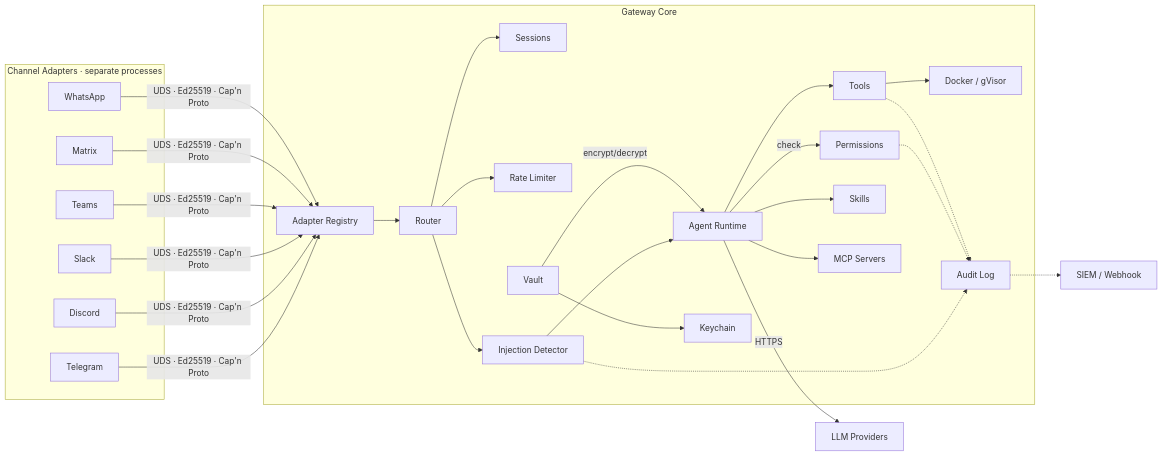
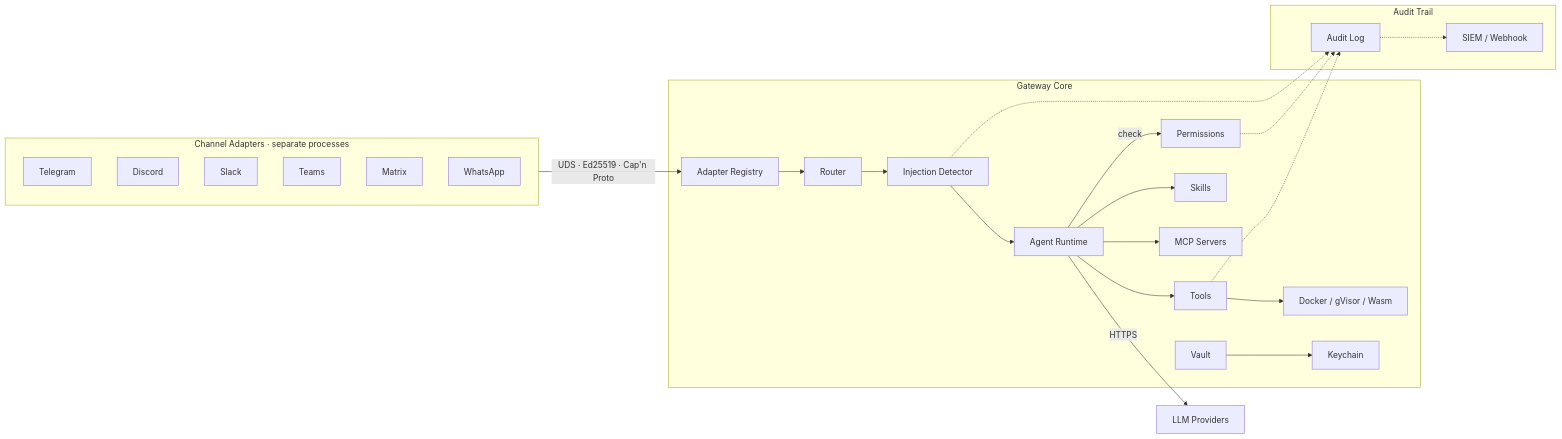
The diagram in README.md (gebruder/wirken), drawn with Mermaid before and after one commit.

Commit message:
docs: clean up architecture diagram layout

````diff
--- a/README.md
+++ b/README.md
@@ -69,39 +69,34 @@
 ```mermaid
 graph LR
     subgraph Adapters["Channel Adapters · separate processes"]
         T[Telegram]
         D[Discord]
         S[Slack]
         TM[Teams]
         M[Matrix]
         W[WhatsApp]
     end
 
+    Adapters -- "UDS · Ed25519 · Cap'n Proto" --> Registry
+
     subgraph Gateway["Gateway Core"]
         Registry[Adapter Registry] --> Router
-        Router --> Sessions
-        Router --> RateLimit[Rate Limiter]
         Router --> Detect[Injection Detector]
         Detect --> Agent[Agent Runtime]
         Agent -- check --> Permissions
         Agent --> Tools
         Agent --> Skills
         Agent --> MCP[MCP Servers]
-        Tools --> Sandbox[Docker / gVisor]
-        Detect -.-> Audit[Audit Log]
-        Permissions -.-> Audit
-        Tools -.-> Audit
+        Tools --> Sandbox[Docker / gVisor / Wasm]
         Vault --> Keychain
     end
 
-    T -- "UDS · Ed25519 · Cap'n Proto" --> Registry
-    D -- "UDS · Ed25519 · Cap'n Proto" --> Registry
-    S -- "UDS · Ed25519 · Cap'n Proto" --> Registry
-    TM -- "UDS · Ed25519 · Cap'n Proto" --> Registry
-    M -- "UDS · Ed25519 · Cap'n Proto" --> Registry
-    W -- "UDS · Ed25519 · Cap'n Proto" --> Registry
+    subgraph Audit Trail
+        Audit[Audit Log] -.-> SIEM[SIEM / Webhook]
+    end
 
     Agent -- HTTPS --> LLM[LLM Providers]
-    Vault -- encrypt/decrypt --> Agent
-    Audit -.-> SIEM[SIEM / Webhook]
+    Detect -.-> Audit
+    Permissions -.-> Audit
+    Tools -.-> Audit
 ```
````
